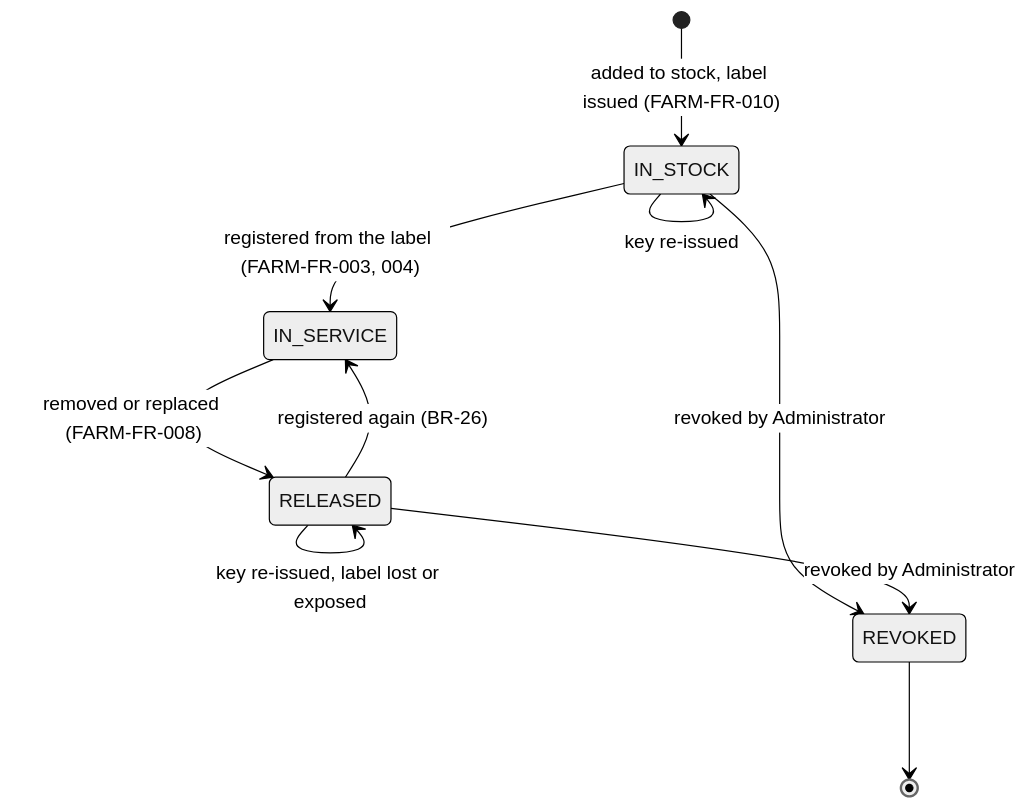
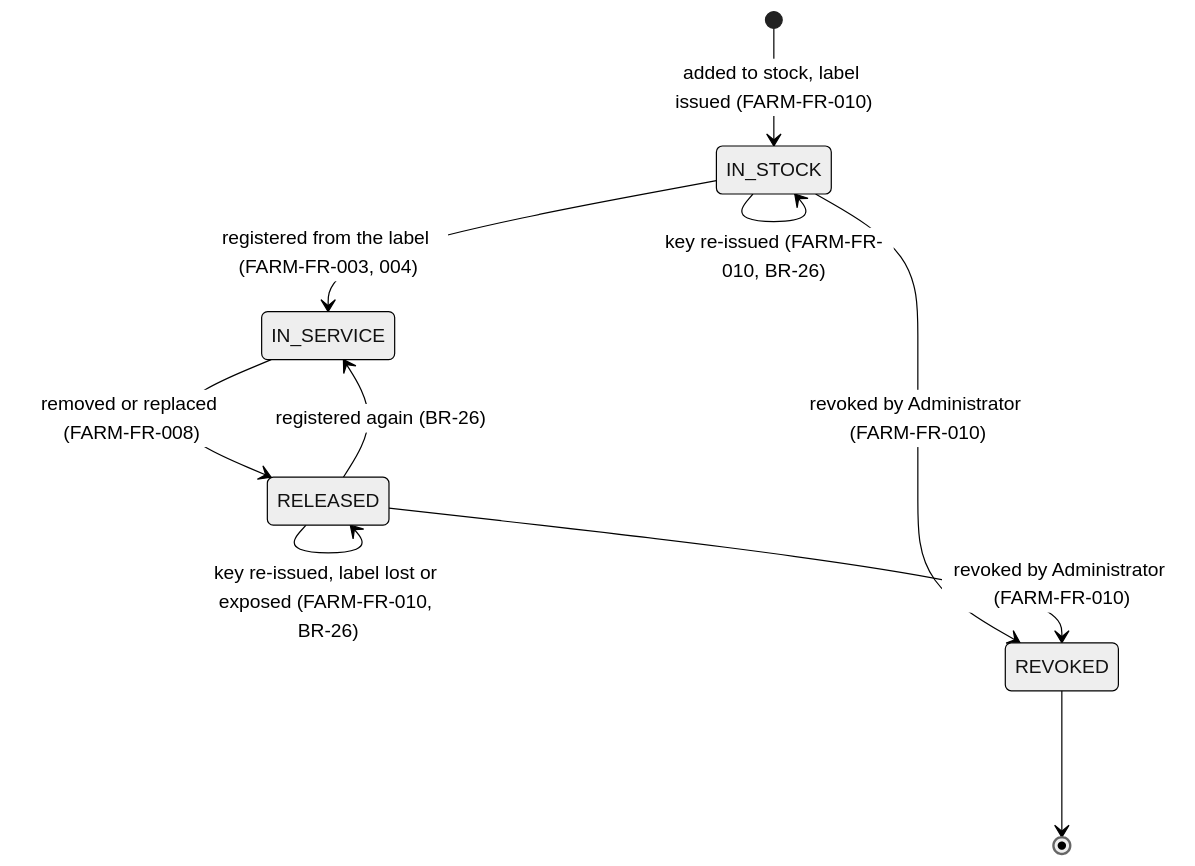
Diagram 19 of 40 in docs/reports/report4-sdd.md (NBao261/SwiftletCare_KLTN), drawn with Mermaid (neutral theme) before and after one commit. The commit also changed other lines of this file and 5 other files, not shown here.

````diff
--- a/docs/reports/report4-sdd.md
+++ b/docs/reports/report4-sdd.md
@@ -1219,12 +1234,12 @@
 ```mermaid
 stateDiagram-v2
   [*] --> IN_STOCK : added to stock, label issued (FARM-FR-010)
   IN_STOCK --> IN_SERVICE : registered from the label (FARM-FR-003, 004)
   IN_SERVICE --> RELEASED : removed or replaced (FARM-FR-008)
   RELEASED --> IN_SERVICE : registered again (BR-26)
-  IN_STOCK --> IN_STOCK : key re-issued
-  RELEASED --> RELEASED : key re-issued, label lost or exposed
-  IN_STOCK --> REVOKED : revoked by Administrator
-  RELEASED --> REVOKED : revoked by Administrator
+  IN_STOCK --> IN_STOCK : key re-issued (FARM-FR-010, BR-26)
+  RELEASED --> RELEASED : key re-issued, label lost or exposed (FARM-FR-010, BR-26)
+  IN_STOCK --> REVOKED : revoked by Administrator (FARM-FR-010)
+  RELEASED --> REVOKED : revoked by Administrator (FARM-FR-010)
   REVOKED --> [*]
 ```
````
